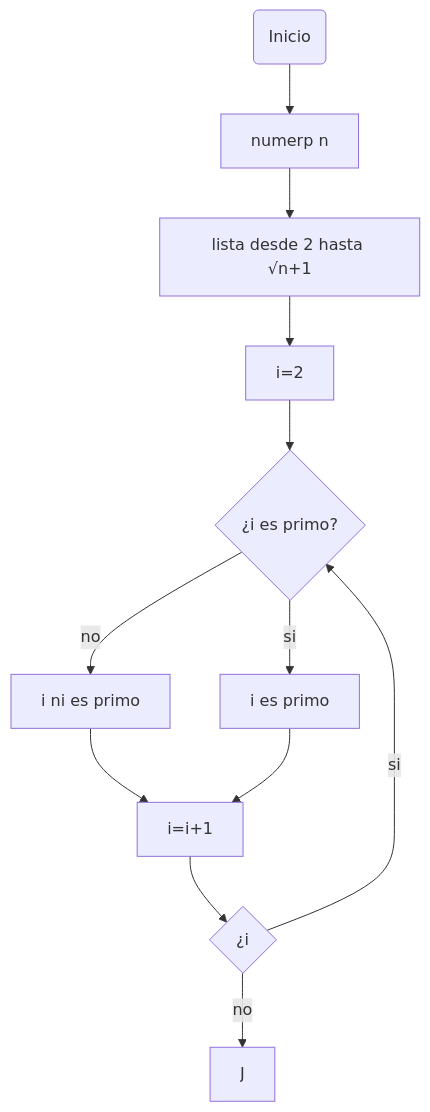
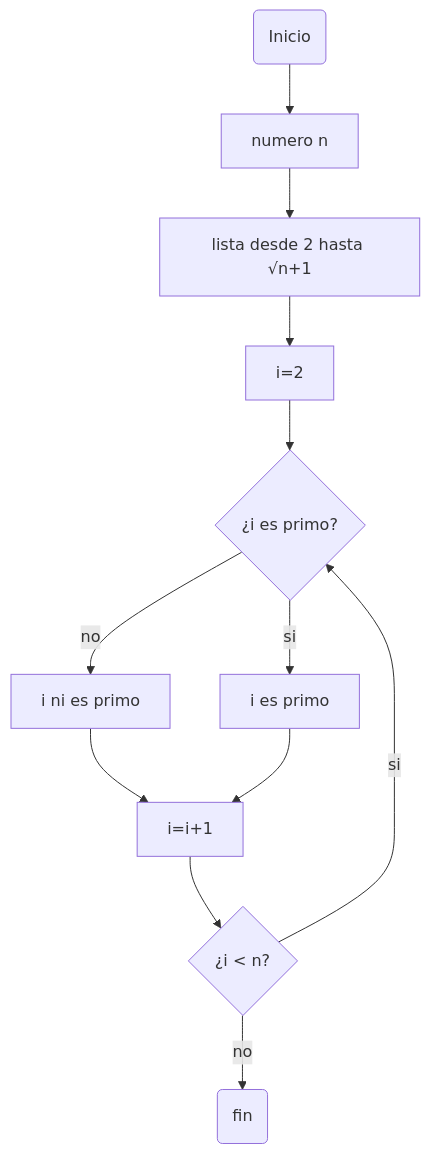
One commit to TzDaniel1/reto_3 changed the diagram in README.md. Above: the diagram before and after it, drawn with Mermaid.

````diff
--- a/README.md
+++ b/README.md
@@ -24,14 +24,14 @@
 ```mermaid
 flowchart TD
-    A(Inicio)-->B[numerp n]
+    A(Inicio)-->B[numero n]
     B-->C[lista desde 2 hasta √n+1]
     C-->D[i=2]
     D-->E{ ¿i es primo? }
     E-->|no| F[i ni es primo]
     E-->|si| G[i es primo]
     F-->H[i=i+1]
     G-->H
-    H-->I{¿i<n?}
+    H-->I{¿i < n?}
     I-->|si| E
-    I-->|no| J
+    I-->|no| J(fin)
 ```
````
